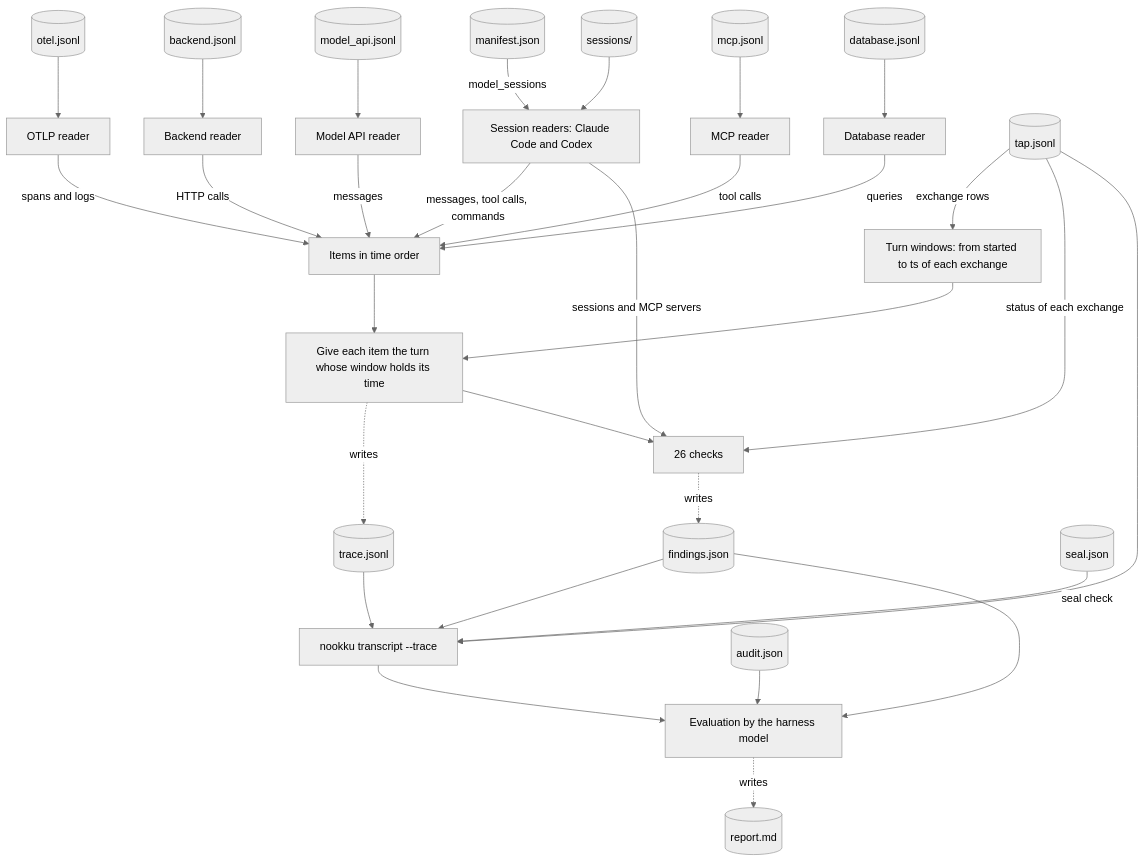
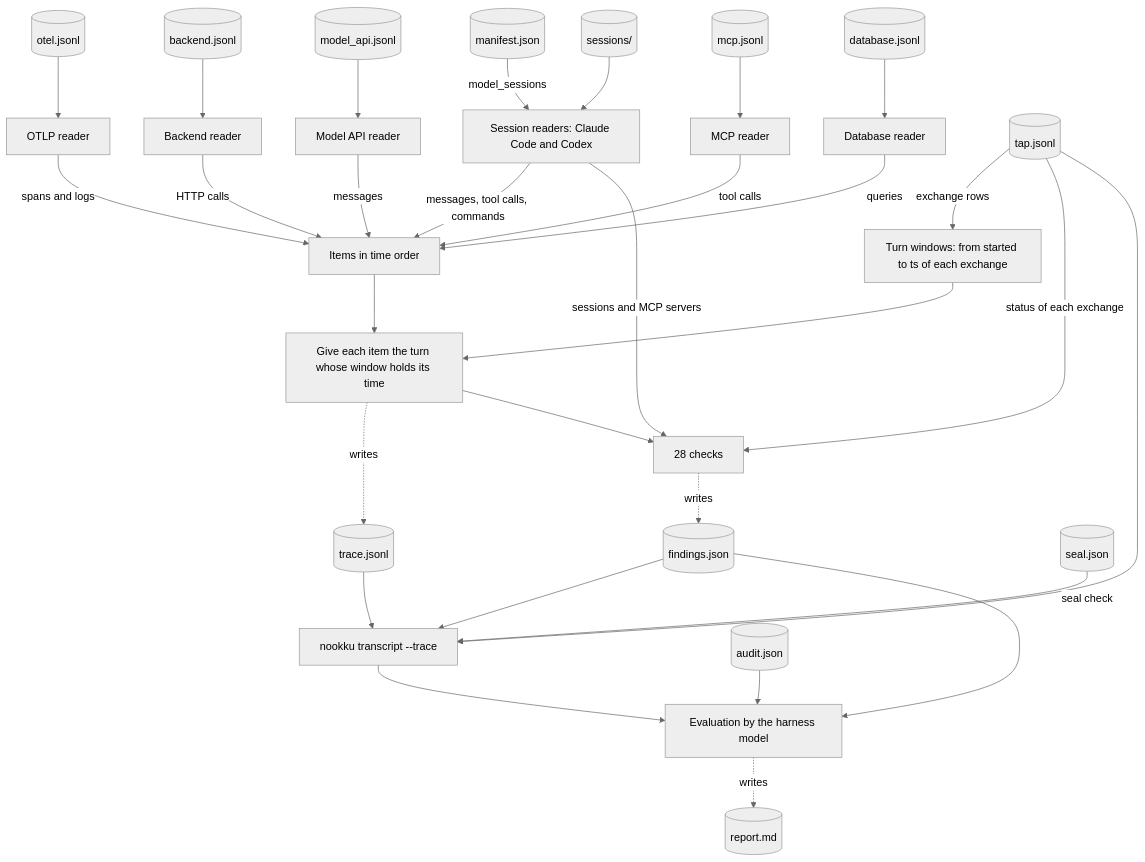
The fourth of 4 diagrams in docs/architecture.md (mohanraj00/nookku), drawn with Mermaid (neutral theme) before and after one commit. The commit also changed other lines of this file and 77 other files, not shown here.

````diff
--- a/docs/architecture.md
+++ b/docs/architecture.md
@@ -213,32 +213,32 @@
 ```mermaid
 flowchart TB
     manifestrec[(manifest.json)] -->|model_sessions| sreaders[Session readers: Claude Code and Codex]
     sessions[(sessions/)] --> sreaders
     otelrec[(otel.jsonl)] --> oreader[OTLP reader]
     backendrec[(backend.jsonl)] --> breader[Backend reader]
     modelrec[(model_api.jsonl)] --> mreader[Model API reader]
     mcprec[(mcp.jsonl)] --> mcpreader[MCP reader]
     dbrec[(database.jsonl)] --> dbreader[Database reader]
     sreaders -->|messages, tool calls, commands| items[Items in time order]
     oreader -->|spans and logs| items
     breader -->|HTTP calls| items
     mreader -->|messages| items
     mcpreader -->|tool calls| items
     dbreader -->|queries| items
     taprec[(tap.jsonl)] -->|exchange rows| windows[Turn windows: from started to ts of each exchange]
     items --> assign[Give each item the turn whose window holds its time]
     windows --> assign
     assign -.->|writes| tracerec[(trace.jsonl)]
-    assign --> checks[26 checks]
+    assign --> checks[28 checks]
     sreaders -->|sessions and MCP servers| checks
     taprec -->|status of each exchange| checks
     checks -.->|writes| findingsrec[(findings.json)]
     taprec --> transcript[nookku transcript --trace]
     tracerec --> transcript
     findingsrec --> transcript
     sealrec[(seal.json)] -->|seal check| transcript
     transcript --> eval[Evaluation by the harness model]
     findingsrec --> eval
     auditrec[(audit.json)] --> eval
     eval -.->|writes| report[(report.md)]
 ```
````
